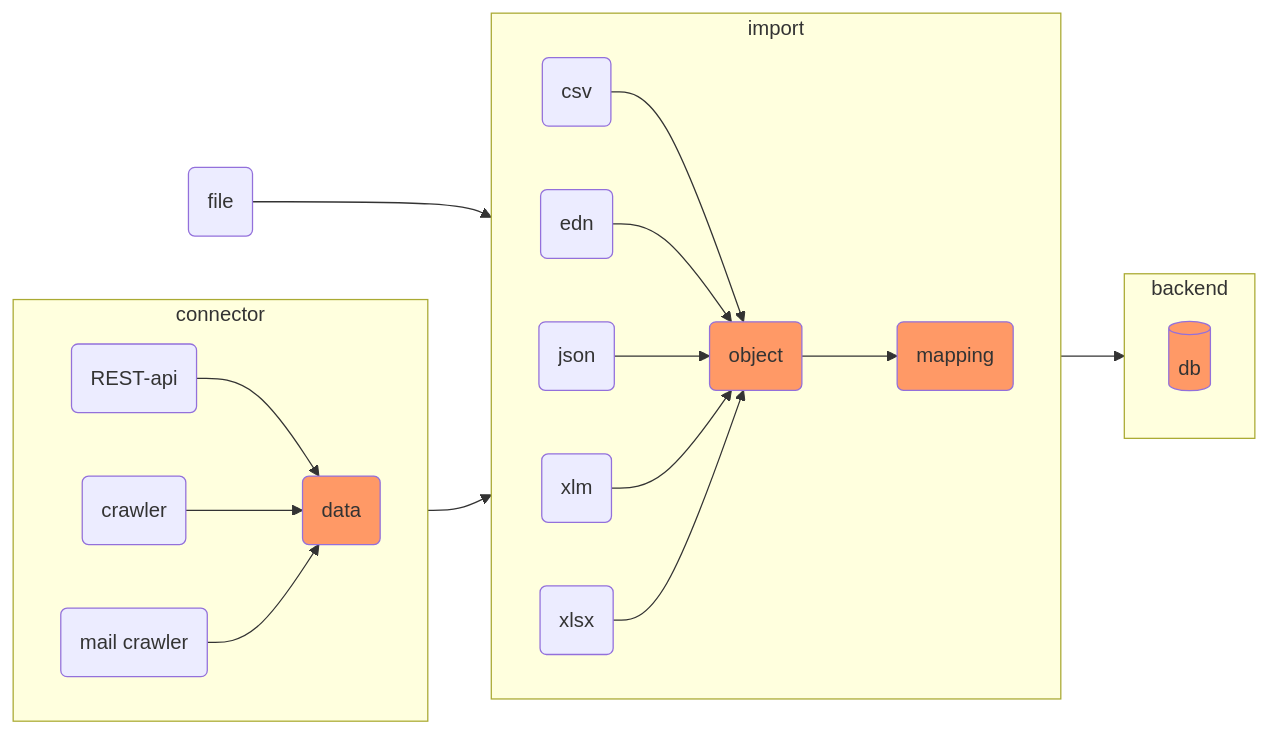
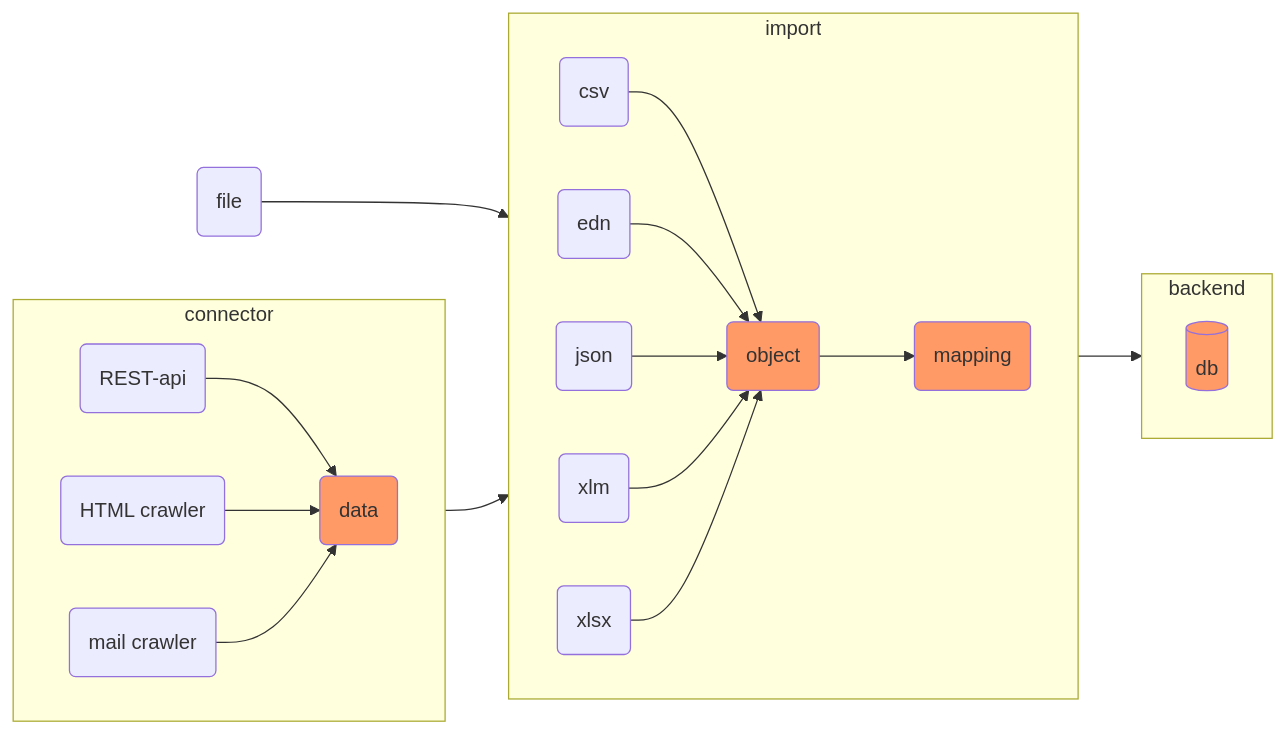
Before and after one commit to internet4refugees/beherbergung: the second of 2 diagrams in architecture.md, drawn with Mermaid.

````diff
--- a/architecture.md
+++ b/architecture.md
@@ -21,25 +21,25 @@
 ```mermaid
 flowchart LR;
     classDef focus fill:#f96;
     subgraph connector
         direction LR
         c_a(REST-api) --> d 
-        c_c(crawler)--> d
+        c_c(HTML crawler)--> d
         c_m(mail crawler) --> d(data):::focus
     end
     subgraph import
         direction LR
         c(csv) --> o(object):::focus
         e(edn) --> o
         j(json) --> o
         xlm(xlm) --> o
         xlsx(xlsx) --> o
         o --> I(mapping):::focus
     end
     subgraph backend
          db[(db)]:::focus 
     end
         c_f(file) --> import
     connector --> import
     import --> backend
 ```
````
